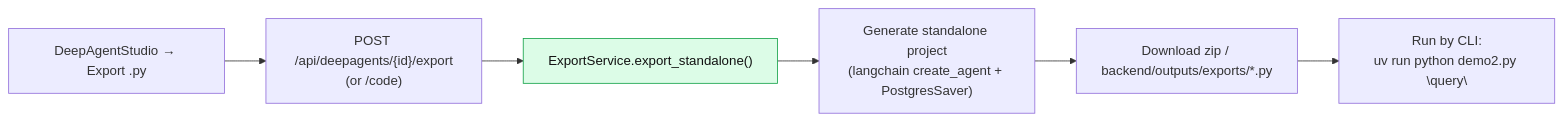
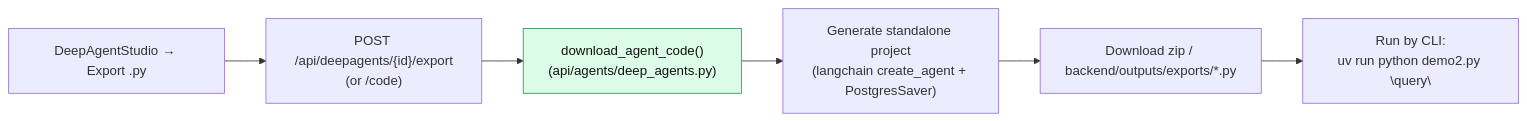
The tenth of 15 diagrams in docs/system-architecture.md (sailor723/langconfig), drawn with Mermaid before and after one commit. The commit also changed other lines of this file and 3 other files, not shown here.

First line of the commit message:
docs: sync agent instructions + architecture doc with reality; record Phase 4 fix pass

````diff
--- a/docs/system-architecture.md
+++ b/docs/system-architecture.md
@@ -1121,10 +1128,10 @@
 ```mermaid
 flowchart LR
     U1["DeepAgentStudio → Export .py"] --> U2["POST /api/deepagents/{id}/export<br/>(or /code)"]
-    U2 --> U3["ExportService.export_standalone()"]
+    U2 --> U3["download_agent_code()<br/>(api/agents/deep_agents.py)"]
     U3 --> U4["Generate standalone project<br/>(langchain create_agent + PostgresSaver)"]
     U4 --> U5["Download zip / backend/outputs/exports/*.py"]
     U5 --> U6["Run by CLI:<br/>uv run python demo2.py \"query\""]
 
     style U3 fill:#dcfce7,stroke:#16a34a,color:#111
 ```
````
